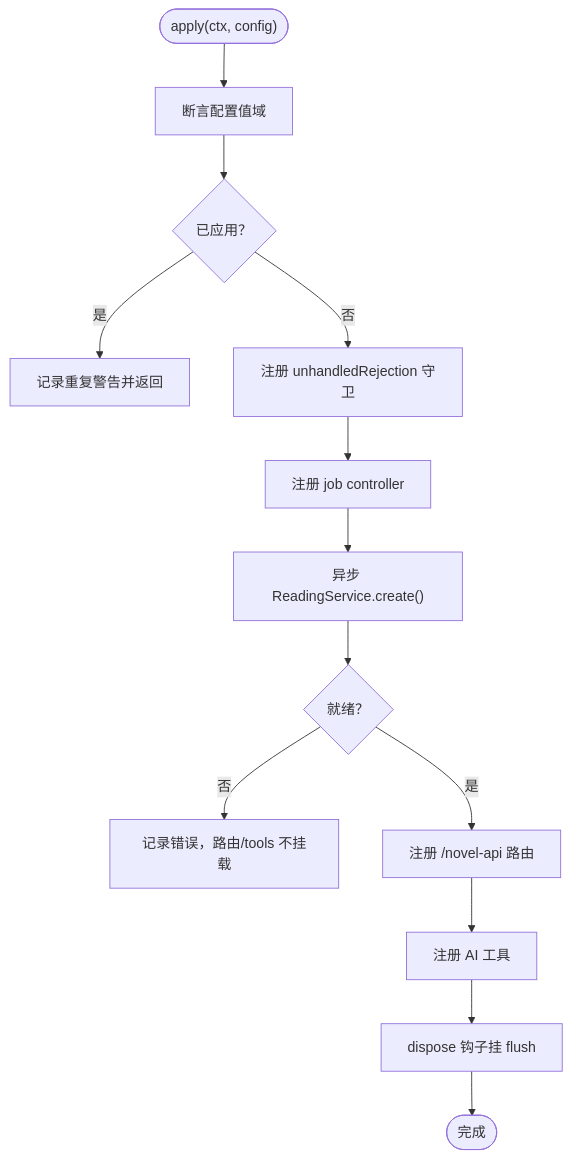
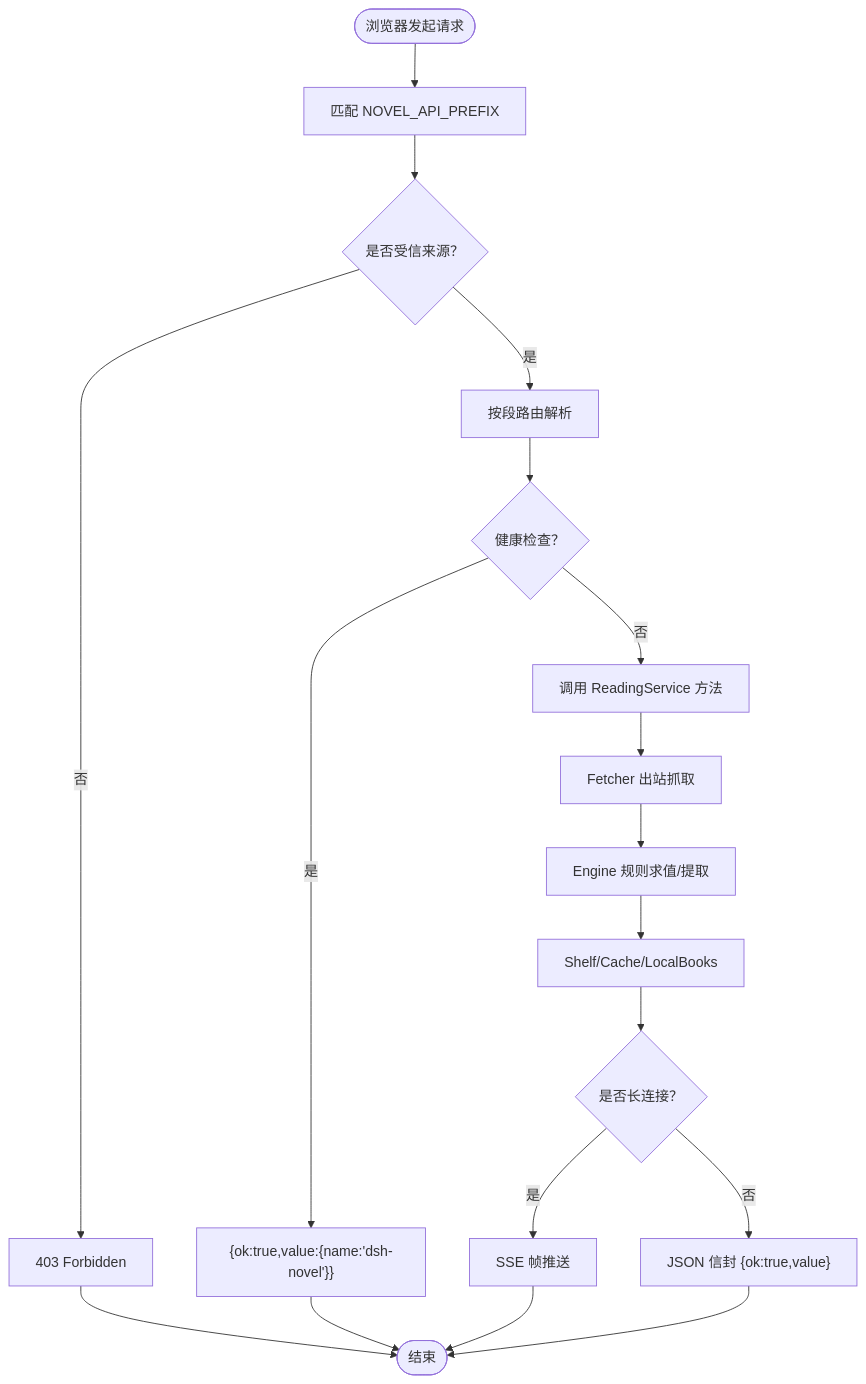
One commit to xrn1997/dsh-novel changed the third of 9 diagrams in .qoder/repowiki/zh/content/架构总览.md. Above: the diagram before and after it, drawn with Mermaid. The commit also changed other lines of this file and 73 other files, not shown here.

````diff
--- a/.qoder/repowiki/zh/content/架构总览.md
+++ b/.qoder/repowiki/zh/content/架构总览.md
@@ -154,15 +131,20 @@
 ```mermaid
 flowchart TD
-  Start(["apply(ctx, config)"]) --> Assert["断言配置值域"]
-  Assert --> Dup{"已应用？"}
-  Dup -->|是| Warn["记录重复警告并返回"]
-  Dup -->|否| Guard["注册 unhandledRejection 守卫"]
-  Guard --> JobCtrl["注册 job controller"]
-  JobCtrl --> Ready["异步 ReadingService.create()"]
-  Ready --> Ok{"就绪？"}
-  Ok -->|否| LogErr["记录错误，路由/tools 不挂载"]
-  Ok -->|是| Routes["注册 /novel-api 路由"]
-  Routes --> Tools["注册 AI 工具"]
-  Tools --> Dispose["dispose 钩子挂 flush"]
-  Dispose --> End(["完成"])
+  Start(["浏览器发起请求"]) --> Prefix["匹配 NOVEL_API_PREFIX"]
+  Prefix --> Trust{"是否受信来源？"}
+  Trust -->|否| Forbidden["403 Forbidden"]
+  Trust -->|是| Route["按段路由解析"]
+  Route --> Health{"健康检查？"}
+  Health -->|是| OkJson["{ok:true,value:{name:'dsh-novel'}}"]
+  Health -->|否| ServiceCall["调用 ReadingService 方法"]
+  ServiceCall --> Fetch["Fetcher 出站抓取"]
+  Fetch --> Engine["Engine 规则求值/提取"]
+  Engine --> Storage["Shelf/Cache/LocalBooks"]
+  Storage --> Sse{"是否长连接？"}
+  Sse -->|是| Stream["SSE 帧推送"]
+  Sse -->|否| Json["JSON 信封 {ok:true,value}"]
+  Stream --> End(["结束"])
+  Json --> End
+  Forbidden --> End
+  OkJson --> End
 ```
````
